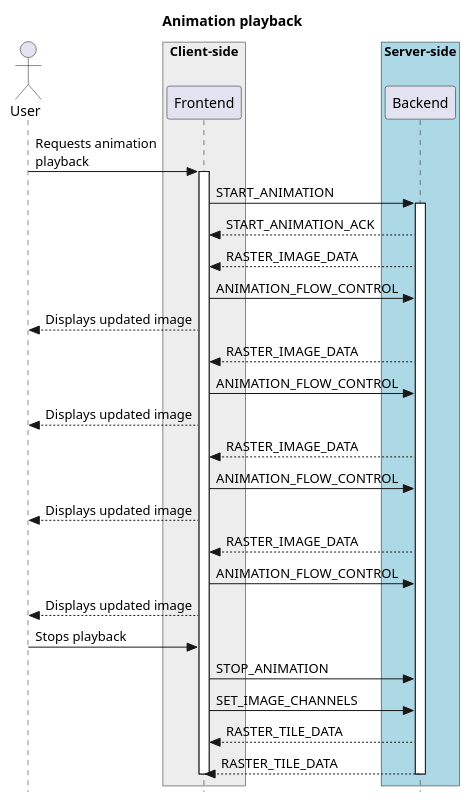
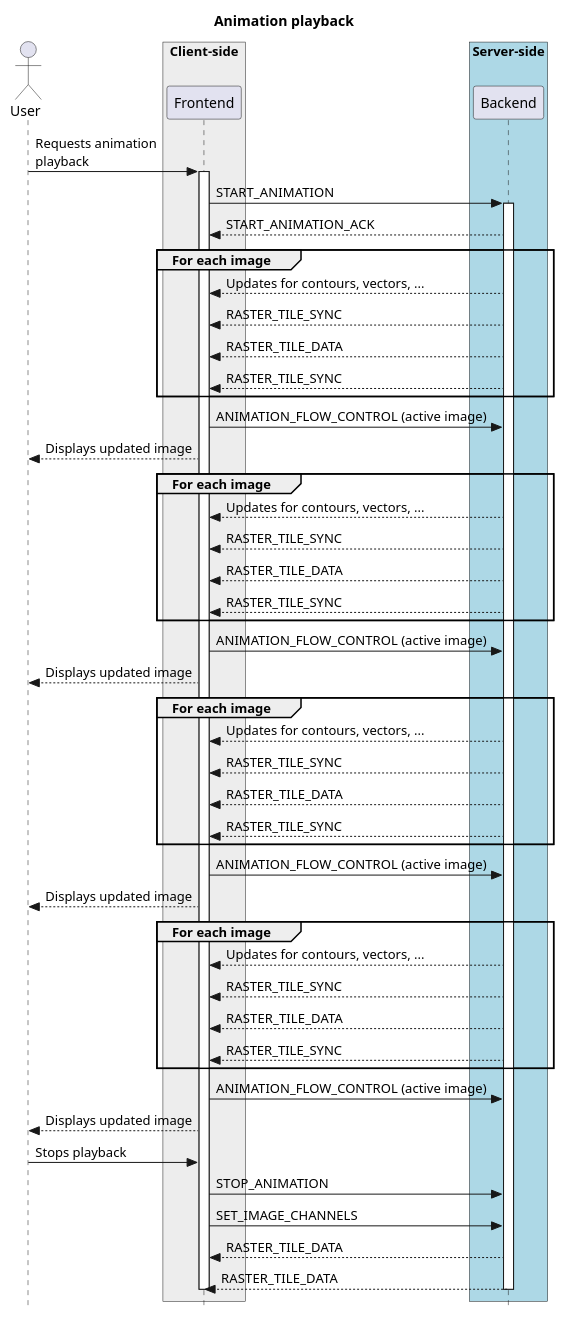
The third of 3 diagrams in docs/src/data_cube_navigation.rst (CARTAvis/carta-protobuf), drawn with PlantUML before and after one commit. The commit also changed other lines of this file, not shown here.

Commit message:
update animation doc

```diff
--- a/docs/src/data_cube_navigation.rst
+++ b/docs/src/data_cube_navigation.rst
@@ -116,38 +116,58 @@
 .. uml::
     
     skinparam style strictuml
     hide footbox
     title Animation playback
     
     actor User
     box "Client-side" #EDEDED
             participant Frontend
     end box
     
     box "Server-side" #lightblue
     	participant Backend
     end box
     User -> Frontend: Requests animation\nplayback
     activate Frontend
     Frontend -> Backend : START_ANIMATION
     activate Backend
-    Frontend <-- Backend: START_ANIMATION_ACK
-    Frontend <-- Backend : RASTER_IMAGE_DATA
-    Frontend -> Backend: ANIMATION_FLOW_CONTROL
+    Frontend <-- Backend : START_ANIMATION_ACK
+    Group For each image
+        Frontend <-- Backend : Updates for contours, vectors, ...
+        Frontend <-- Backend : RASTER_TILE_SYNC
+        Frontend <-- Backend : RASTER_TILE_DATA
+        Frontend <-- Backend : RASTER_TILE_SYNC
+    end
+    Frontend -> Backend: ANIMATION_FLOW_CONTROL (active image)
     User <-- Frontend: Displays updated image
-    Frontend <-- Backend : RASTER_IMAGE_DATA
-    Frontend -> Backend: ANIMATION_FLOW_CONTROL
+    Group For each image
+        Frontend <-- Backend : Updates for contours, vectors, ...
+        Frontend <-- Backend : RASTER_TILE_SYNC
+        Frontend <-- Backend : RASTER_TILE_DATA
+        Frontend <-- Backend : RASTER_TILE_SYNC
+    end
+    Frontend -> Backend: ANIMATION_FLOW_CONTROL (active image)
     User <-- Frontend: Displays updated image
-    Frontend <-- Backend : RASTER_IMAGE_DATA
-    Frontend -> Backend: ANIMATION_FLOW_CONTROL
+    Group For each image
+        Frontend <-- Backend : Updates for contours, vectors, ...
+        Frontend <-- Backend : RASTER_TILE_SYNC
+        Frontend <-- Backend : RASTER_TILE_DATA
+        Frontend <-- Backend : RASTER_TILE_SYNC
+    end
+    Frontend -> Backend: ANIMATION_FLOW_CONTROL (active image)
     User <-- Frontend: Displays updated image
-    Frontend <-- Backend : RASTER_IMAGE_DATA
-    Frontend -> Backend: ANIMATION_FLOW_CONTROL
+    Group For each image
+        Frontend <-- Backend : Updates for contours, vectors, ...
+        Frontend <-- Backend : RASTER_TILE_SYNC
+        Frontend <-- Backend : RASTER_TILE_DATA
+        Frontend <-- Backend : RASTER_TILE_SYNC
+    end
+    Frontend -> Backend: ANIMATION_FLOW_CONTROL (active image)
     User <-- Frontend: Displays updated image
     User -> Frontend : Stops playback
     Frontend -> Backend : STOP_ANIMATION
     Frontend -> Backend : SET_IMAGE_CHANNELS
-    Frontend <-- Backend: RASTER_TILE_DATA
-    Frontend <-- Backend: RASTER_TILE_DATA
+    Frontend <-- Backend : RASTER_TILE_DATA
+    Frontend <-- Backend : RASTER_TILE_DATA
     deactivate Frontend
     deactivate Backend
```
